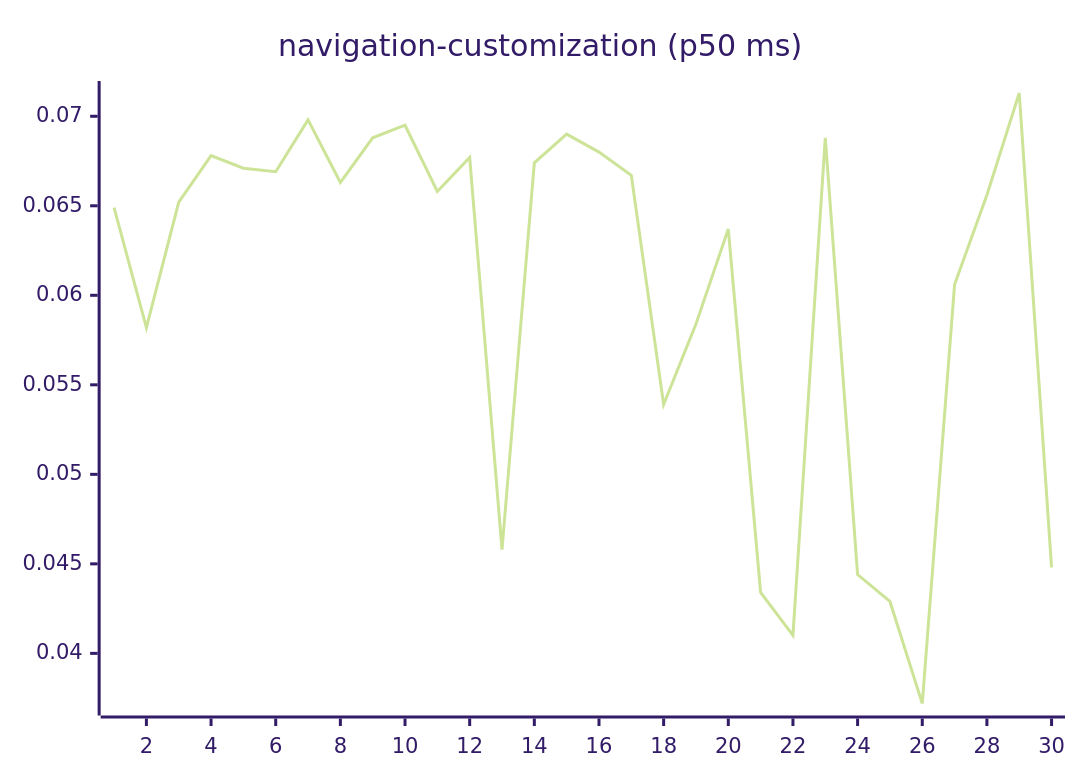
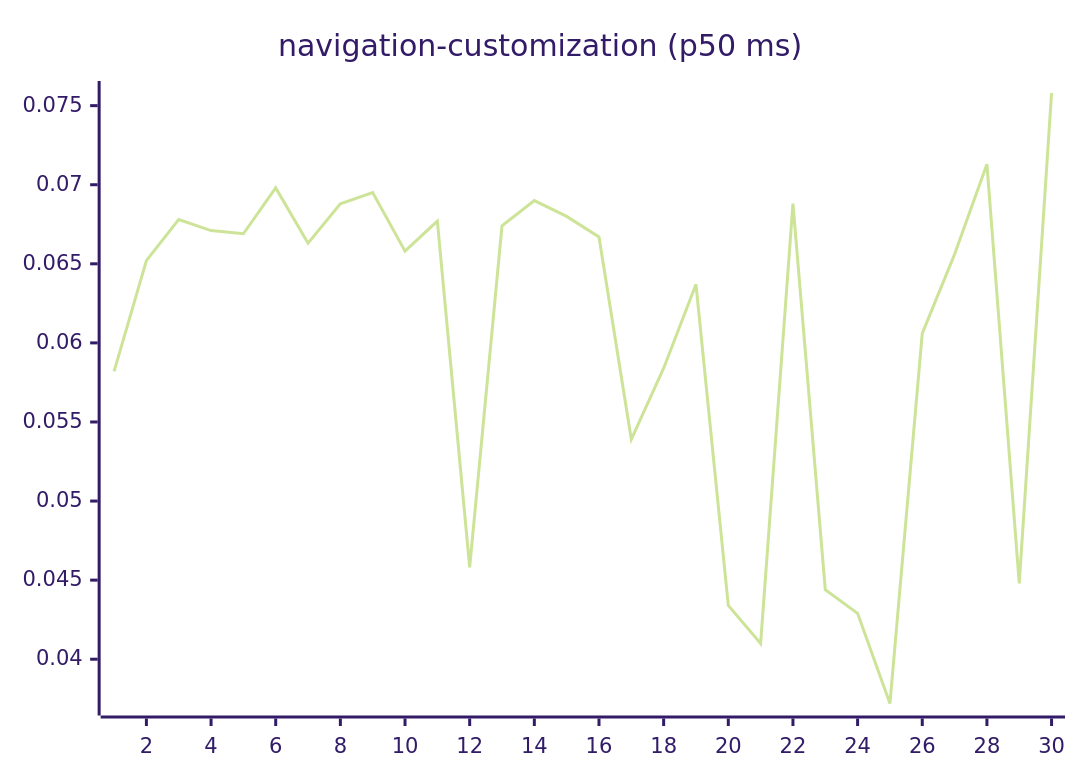
Diagram 15 of 27 in README.md (josha/Facet), drawn with Mermaid (forest theme) before and after one commit. The commit also changed other lines of this file and 2 other files, not shown here.

````diff
--- a/README.md
+++ b/README.md
@@ -161,6 +161,6 @@
 ```mermaid
 xychart-beta
     title "navigation-customization (p50 ms)"
     x-axis 1 --> 30
-    line [0.0649, 0.0582, 0.0652, 0.0678, 0.0671, 0.0669, 0.0698, 0.0663, 0.0688, 0.0695, 0.0658, 0.0677, 0.0458, 0.0674, 0.0690, 0.0680, 0.0667, 0.0539, 0.0584, 0.0637, 0.0434, 0.0410, 0.0688, 0.0444, 0.0429, 0.0372, 0.0606, 0.0656, 0.0713, 0.0448]
+    line [0.0582, 0.0652, 0.0678, 0.0671, 0.0669, 0.0698, 0.0663, 0.0688, 0.0695, 0.0658, 0.0677, 0.0458, 0.0674, 0.0690, 0.0680, 0.0667, 0.0539, 0.0584, 0.0637, 0.0434, 0.0410, 0.0688, 0.0444, 0.0429, 0.0372, 0.0606, 0.0656, 0.0713, 0.0448, 0.0758]
 ```
````
